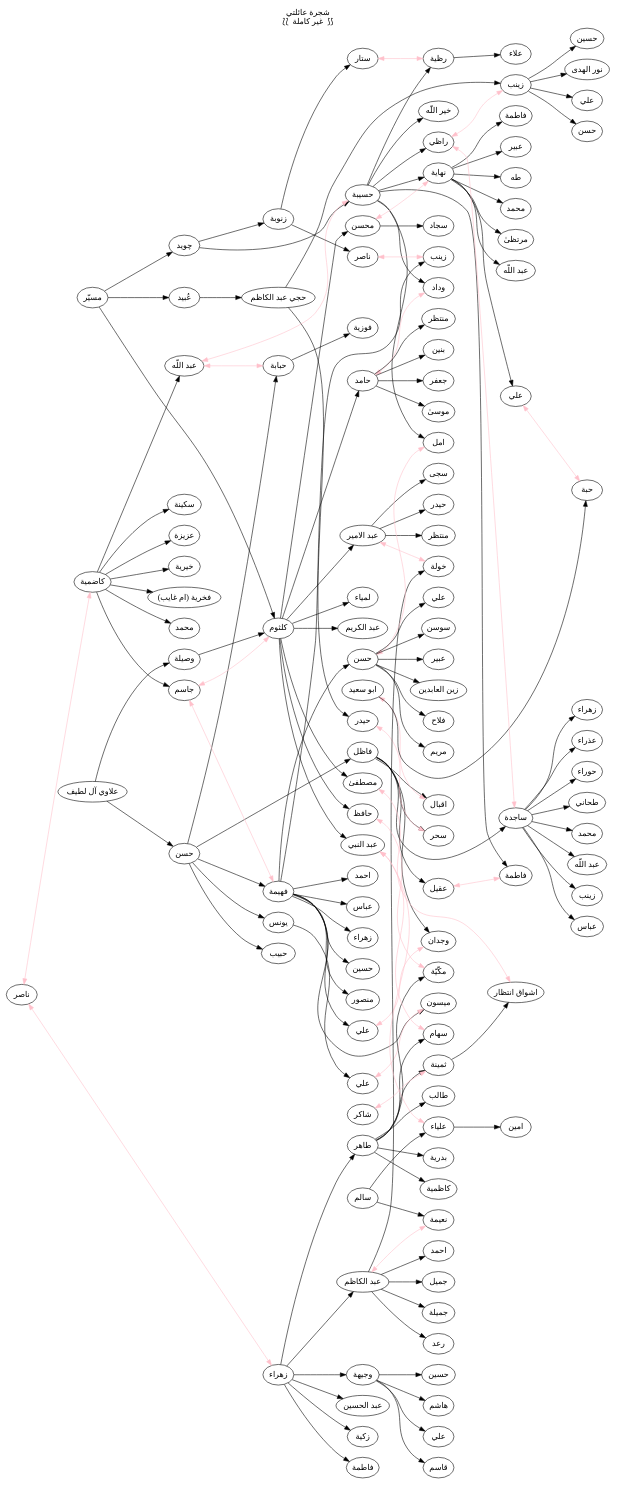
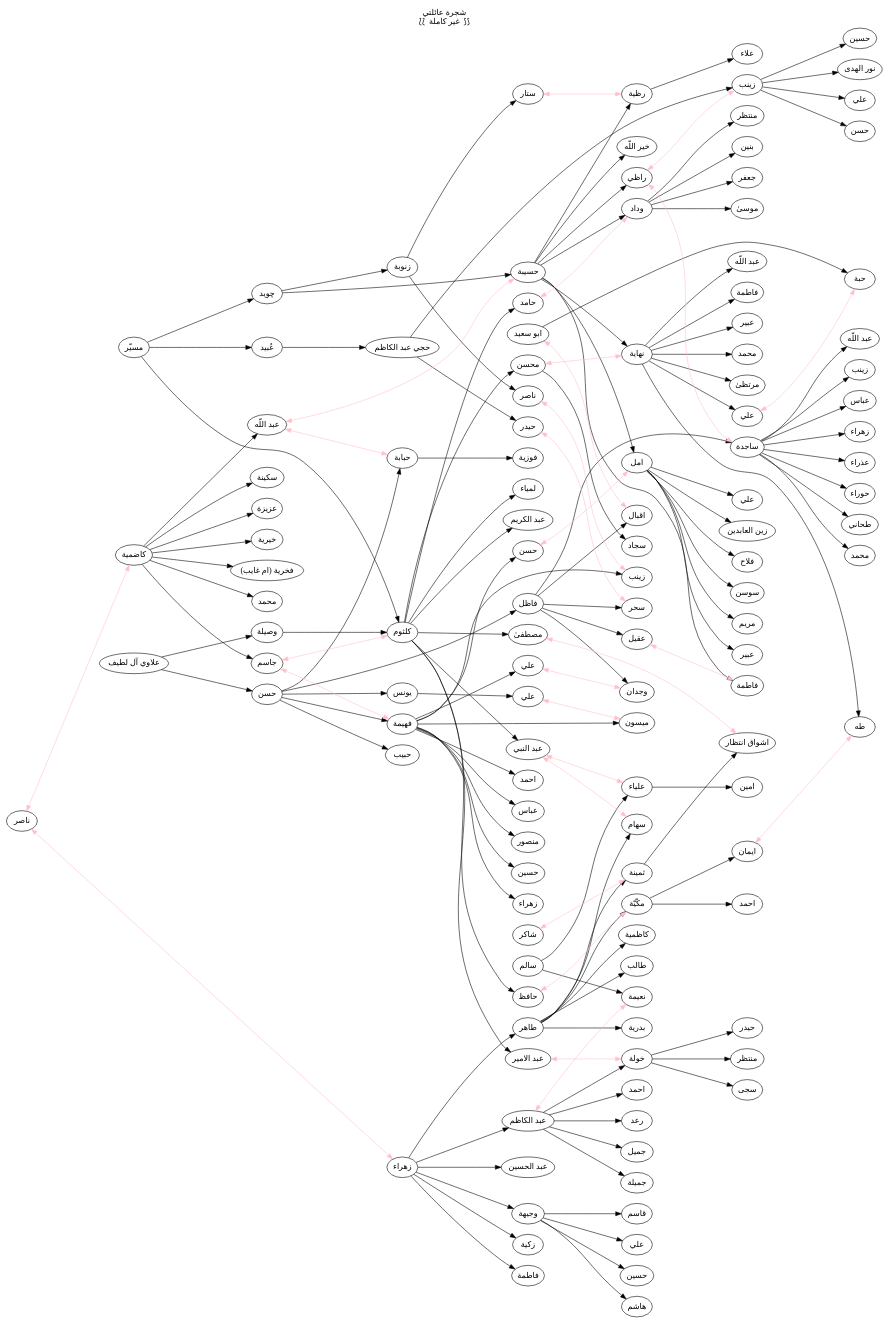
The diagram in posts/family-tree.org (alhassy/alhassy.github.io), drawn with Graphviz before and after one commit. The commit also changed other lines of this file and 36 other files, not shown here.

```diff
--- a/posts/family-tree.org
+++ b/posts/family-tree.org
@@ -28,6 +26,7 @@
 #+BEGIN_SRC dot :file ../images/family-tree.png :exports results
 digraph {
   rankdir=LR
+  ranksep=1.5; // distance between columns of nodes
   labelloc="t";
   label="شجرة عائلتي\n⟅⟅  غير کاملة  ⟆⟆";
 // a -> b , c , d , e , f , g , h , i , j , k , l , m , o , p
@@ -115,18 +114,17 @@
  مصطفیٰ -> "اشواق انتظار" [color=pink, dir=both]
 
 
-// Jasim //////////////////////////////////////////////////
+// DONE Jasim //////////////////////////////////////////////////
 جاسم  -> كلثوم [color=pink, dir=both]
 //  كلثوم -> "عبد الكريم [خريج معهد الطب العالي؛ عدمه صدام]"
     كلثوم -> "عبد الكريم"
  كلثوم -> حامد , "عبد النبي" ,  "عبد الامير" , مصطفیٰ , حافظ , محسن , لمياء
 جاسم  -> فهيمة [color=pink, dir=both]
-ZahraJasim [label=زهراء]
+ZahraJasim  [label=زهراء]
 ZaynabJasim [label=زينب]
 فهيمة -> علي , احمد , عباس , منصور , حسين , ZahraJasim , ZaynabJasim , ميسون , حسن
 
-
-// Chewad //////////////////////////////////////////////////
+// DONE Chewad //////////////////////////////////////////////////
 
 چويد -> زنوبة
 NasarChewad [label=ناصر]
@@ -151,21 +149,24 @@
 ساجدة -> MhmdRathy , AbdAllahRathy , زهراء , عذراء , حوراء , طحاني , ZaynabRady , AbbasRady
 
 
-// Al AbdNabi //////////////////////////////////////////////////
+// TODO Al AbdNabi //////////////////////////////////////////////////
 "عبد النبي" -> سهام [color=pink, dir=both]
 "عبد النبي" -> علياء [color=pink, dir=both]
 
 
-// Al Hafith //////////////////////////////////////////////////
+// TODO Al Hafith //////////////////////////////////////////////////
 حافظ -> مكّيّة [color=pink, dir=both]
-
+EmanHafith [label=ايمان]
+AhmadHafith [label=احمد]
+مكّيّة -> EmanHafith, AhmadHafith
+EmanHafith  -> طه [color=pink, dir=both]
 
 // DONE AbdAlameer //////////////////////////////////////////////////
 "عبد الامير"  -> خولة [color=pink, dir=both]
-"عبد الامير"  -> حيدر
+"خولة"  -> حيدر
 MontatherAbdAlameer [label=منتظر]
-"عبد الامير"  -> MontatherAbdAlameer
-"عبد الامير"  -> سجی
+"خولة"  -> MontatherAbdAlameer
+"خولة"  -> سجی
 
 
 // DONE Muhsin //////////////////////////////////////////////////
@@ -183,21 +184,23 @@
 
 // DONE Hassan //////////////////////////////////////////////////
  حسن ->  امل [color=pink, dir=both]
- حسن ->  فلاح
- حسن ->  سوسن
- حسن ->  مريم
- حسن ->  عبير
+ امل ->  فلاح
+ امل ->  سوسن
+ امل ->  مريم
+ امل ->  عبير
  AliHassan [label=علي]
- حسن ->  AliHassan
- حسن ->  "زين العابدين"
+ امل ->  AliHassan
+ امل ->  "زين العابدين"
+
+
 
 
 // DONE Hamid ////////////////////////////////////////////////////////////////////////
   حامد -> وداد [color=pink, dir=both]
-  حامد -> جعفر
-  حامد -> موسیٰ
-  حامد -> منتظر
-  حامد -> بنين
+  وداد -> جعفر
+  وداد -> موسیٰ
+  وداد -> منتظر
+  وداد -> بنين
 }
 
 #+END_SRC
```
